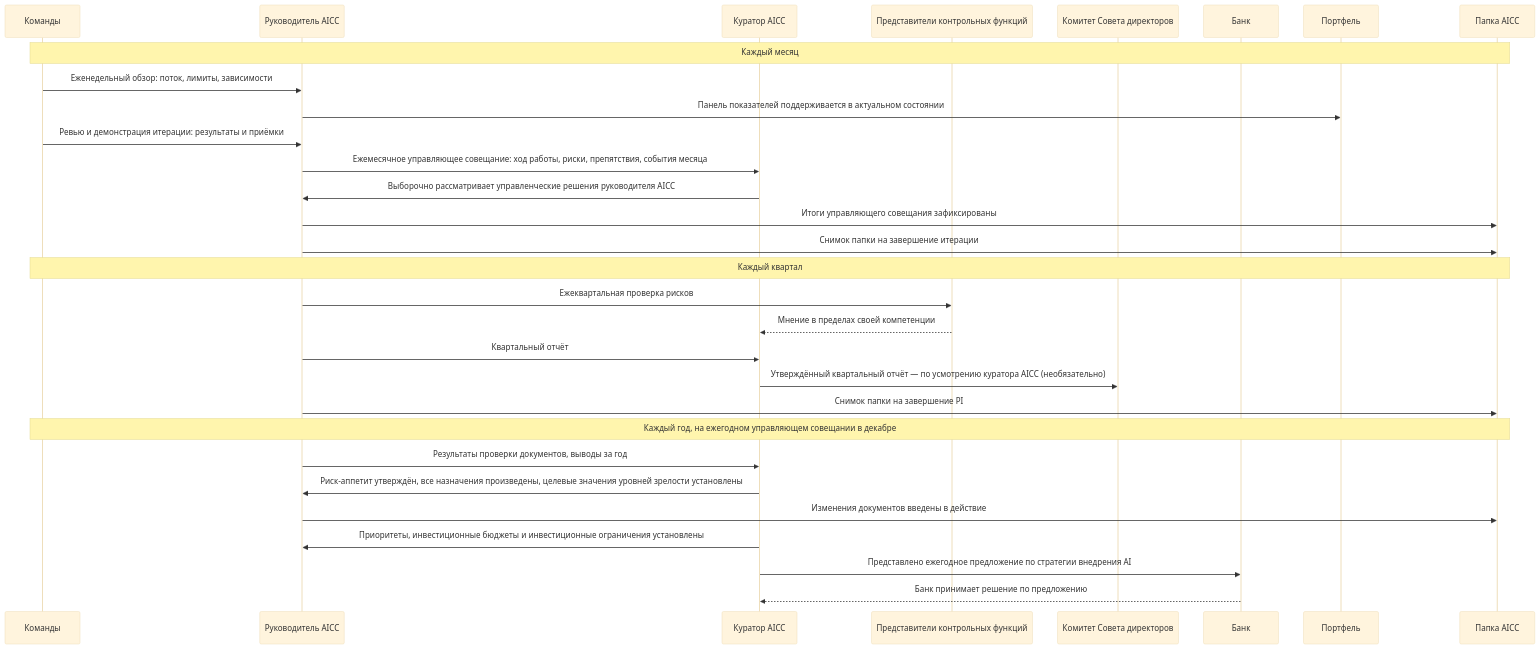
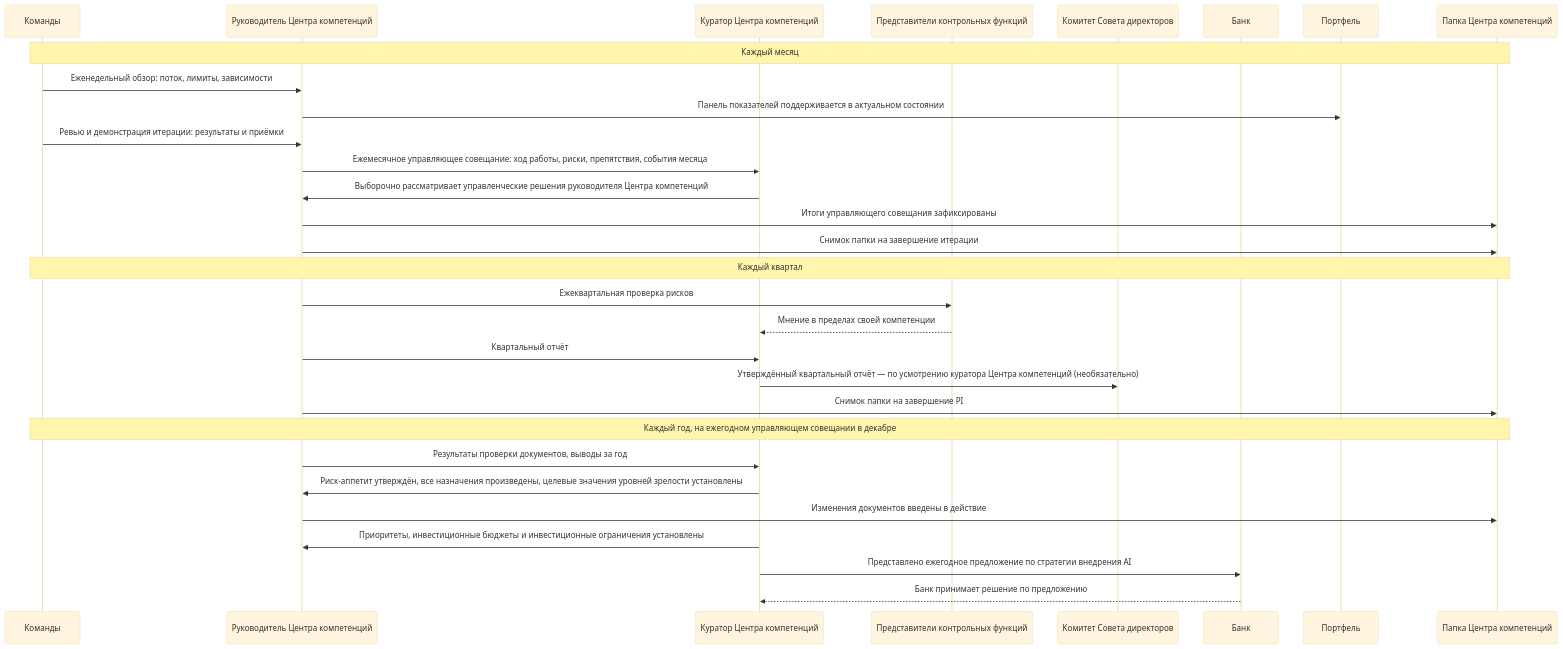
Before and after one commit to devhogu/ob-aicc: the third of 6 diagrams in charter/ru/workflows/unit-governance.md, drawn with Mermaid (base theme). The commit also changed other lines of this file and 1149 other files, not shown here.

````diff
--- a/charter/ru/workflows/unit-governance.md
+++ b/charter/ru/workflows/unit-governance.md
@@ -84,32 +84,32 @@
 ```mermaid
 sequenceDiagram
   participant T as Команды
-  participant L as Руководитель AICC
-  participant ES as Куратор AICC
+  participant L as Руководитель Центра компетенций
+  participant ES as Куратор Центра компетенций
   participant CF as Представители контрольных функций
   participant BC as Комитет Совета директоров
   participant BK as Банк
   participant P as Портфель
-  participant R as Папка AICC
+  participant R as Папка Центра компетенций
   Note over T,R: Каждый месяц
   T->>L: Еженедельный обзор: поток, лимиты, зависимости
   L->>P: Панель показателей поддерживается в актуальном состоянии
   T->>L: Ревью и демонстрация итерации: результаты и приёмки
   L->>ES: Ежемесячное управляющее совещание: ход работы, риски, препятствия, события месяца
-  ES->>L: Выборочно рассматривает управленческие решения руководителя AICC
+  ES->>L: Выборочно рассматривает управленческие решения руководителя Центра компетенций
   L->>R: Итоги управляющего совещания зафиксированы
   L->>R: Снимок папки на завершение итерации
   Note over T,R: Каждый квартал
   L->>CF: Ежеквартальная проверка рисков
   CF-->>ES: Мнение в пределах своей компетенции
   L->>ES: Квартальный отчёт
-  ES->>BC: Утверждённый квартальный отчёт — по усмотрению куратора AICC (необязательно)
+  ES->>BC: Утверждённый квартальный отчёт — по усмотрению куратора Центра компетенций (необязательно)
   L->>R: Снимок папки на завершение PI
   Note over T,R: Каждый год, на ежегодном управляющем совещании в декабре
   L->>ES: Результаты проверки документов, выводы за год
   ES->>L: Риск-аппетит утверждён, все назначения произведены, целевые значения уровней зрелости установлены
   L->>R: Изменения документов введены в действие
   ES->>L: Приоритеты, инвестиционные бюджеты и инвестиционные ограничения установлены
   ES->>BK: Представлено ежегодное предложение по стратегии внедрения AI
   BK-->>ES: Банк принимает решение по предложению
 ```
````
